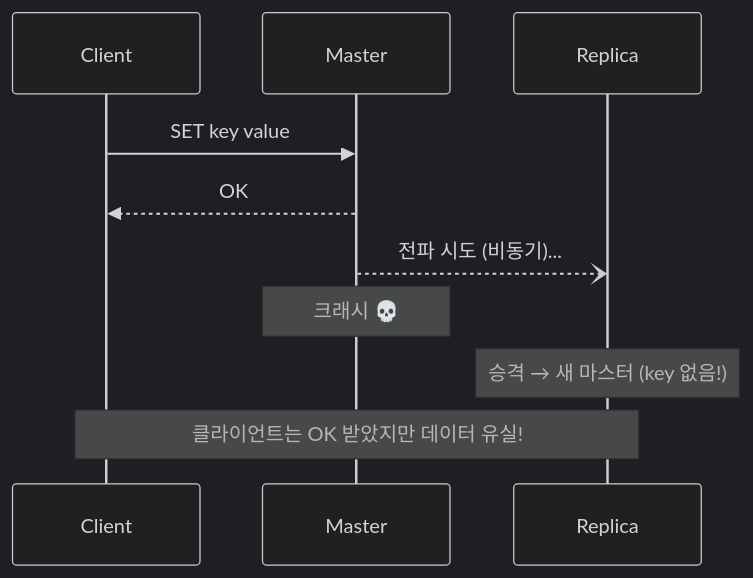
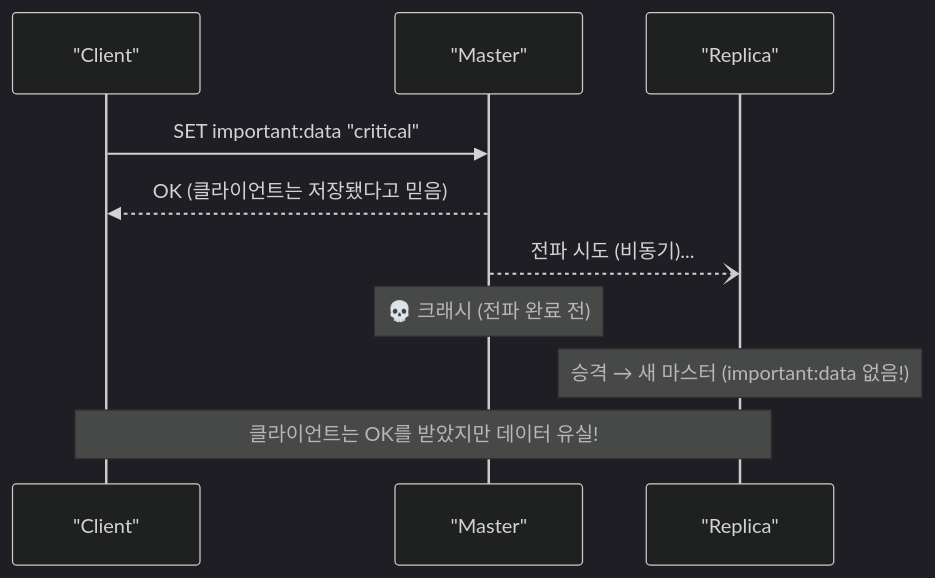
The seventh of 9 diagrams in _posts/redis/2026-05-01-redis-replication.md (yjkim2015/yjkim2015.github.io), drawn with Mermaid (dark theme) before and after one commit. The commit also changed other lines of this file and 122 other files, not shown here.

````diff
--- a/_posts/redis/2026-05-01-redis-replication.md
+++ b/_posts/redis/2026-05-01-redis-replication.md
@@ -163,13 +154,13 @@
 ```mermaid
 sequenceDiagram
-    participant C as Client
-    participant M as Master
-    participant Rep as Replica
+    participant C as "Client"
+    participant M as "Master"
+    participant Rep as "Replica"
 
-    C->>M: SET key value
-    M-->>C: OK
+    C->>M: SET important:data "critical"
+    M-->>C: OK (클라이언트는 저장됐다고 믿음)
     M--)Rep: 전파 시도 (비동기)...
-    Note over M: 크래시 💀
-    Note over Rep: 승격 → 새 마스터 (key 없음!)
-    Note over C,Rep: 클라이언트는 OK 받았지만 데이터 유실!
+    Note over M: 💀 크래시 (전파 완료 전)
+    Note over Rep: 승격 → 새 마스터 (important:data 없음!)
+    Note over C,Rep: 클라이언트는 OK를 받았지만 데이터 유실!
 ```
````
